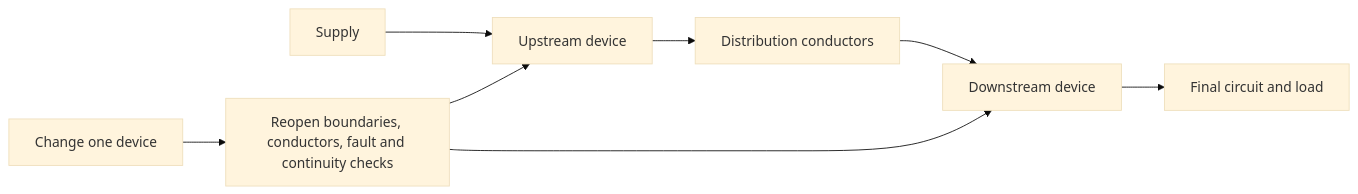
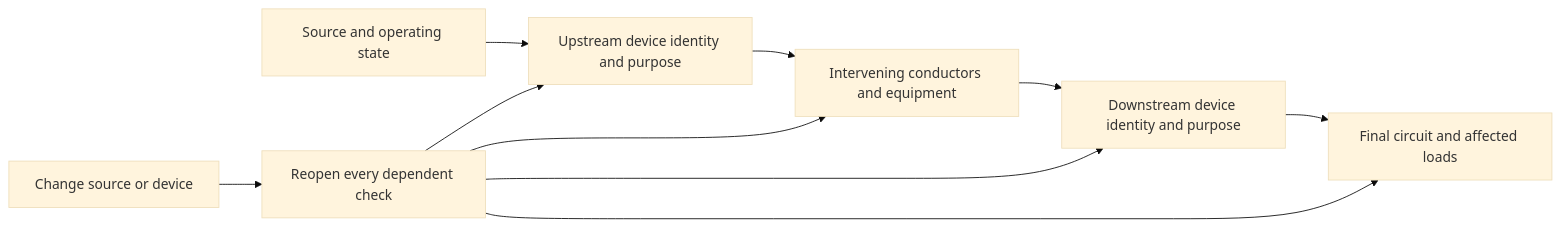
One commit to andrew3stedall/capstone changed the first of 2 diagrams in docs/learning-plans/12-week/modules/day-32-coordination-selectivity-and-upstream-downstream-consequences.md. Above: the diagram before and after it, drawn with Mermaid (base theme). The commit also changed other lines of this file, not shown here.

````diff
--- a/docs/learning-plans/12-week/modules/day-32-coordination-selectivity-and-upstream-downstream-consequences.md
+++ b/docs/learning-plans/12-week/modules/day-32-coordination-selectivity-and-upstream-downstream-consequences.md
@@ -63,10 +89,12 @@
 ```mermaid
 flowchart LR
-    A[Supply] --> B[Upstream device]
-    B --> C[Distribution conductors]
-    C --> D[Downstream device]
-    D --> E[Final circuit and load]
-    F[Change one device] --> G[Reopen boundaries, conductors, fault and continuity checks]
+    A[Source and operating state] --> B[Upstream device identity and purpose]
+    B --> C[Intervening conductors and equipment]
+    C --> D[Downstream device identity and purpose]
+    D --> E[Final circuit and affected loads]
+    F[Change source or device] --> G[Reopen every dependent check]
     G --> B
+    G --> C
     G --> D
+    G --> E
 ```
````
